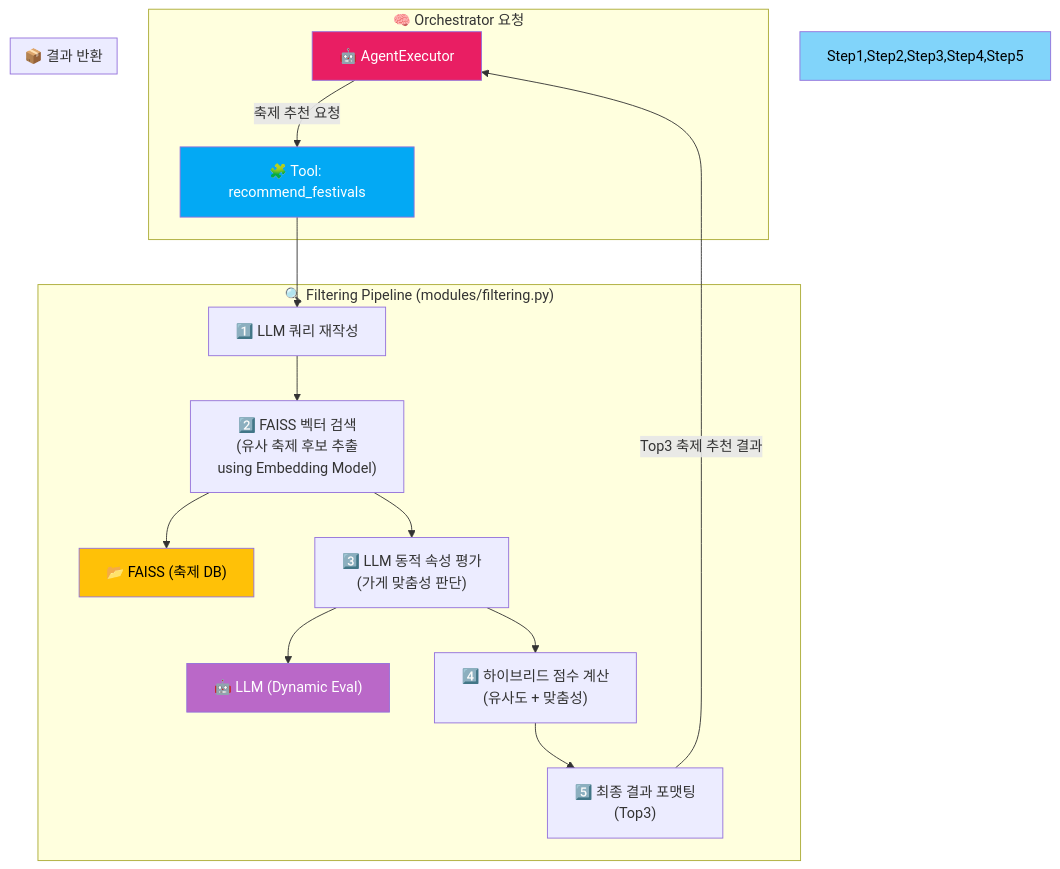
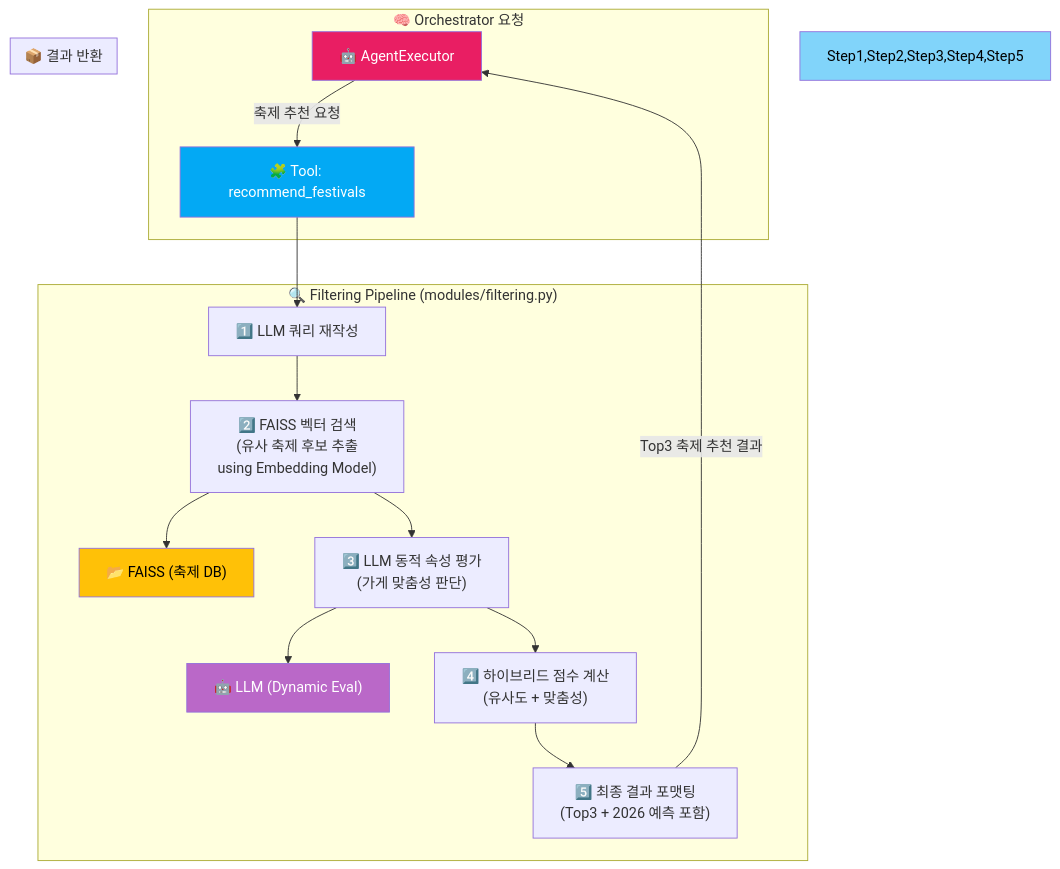
The second of 4 diagrams in README.md (Synapse-Bigcontest/2025_bigcontest), drawn with Mermaid before and after one commit. The commit also changed other lines of this file, not shown here.

````diff
--- a/README.md
+++ b/README.md
@@ -140,28 +140,28 @@
 ```mermaid
 graph TD
 
     subgraph "🧠 Orchestrator 요청"
         Agent["🤖 AgentExecutor"] -- "축제 추천 요청" --> Tool_Rec["🧩 Tool: recommend_festivals"]
     end
 
     subgraph "🔍 Filtering Pipeline (modules/filtering.py)"
         Tool_Rec --> Step1["1️⃣ LLM 쿼리 재작성"]
         Step1 --> Step2["2️⃣ FAISS 벡터 검색<br>(유사 축제 후보 추출<br>using Embedding Model)"]
         Step2 --> VSF["📂 FAISS (축제 DB)"]
         Step2 --> Step3["3️⃣ LLM 동적 속성 평가<br>(가게 맞춤성 판단)"]
         Step3 --> LLM1["🤖 LLM (Dynamic Eval)"]
         Step3 --> Step4["4️⃣ 하이브리드 점수 계산<br>(유사도 + 맞춤성)"]
-        Step4 --> Step5["5️⃣ 최종 결과 포맷팅<br>(Top3)"]
+        Step4 --> Step5["5️⃣ 최종 결과 포맷팅<br>(Top3 + 2026 예측 포함)"]
     end
 
     subgraph "📦 결과 반환"
         Step5 -- "Top3 축제 추천 결과" --> Agent
     end
 
     %% 스타일
     style Agent fill:#E91E63,color:#fff
     style Tool_Rec fill:#03A9F4,color:#fff
     style Step1,Step2,Step3,Step4,Step5 fill:#81D4FA,color:#000
     style VSF fill:#FFC107,color:#000
     style LLM1 fill:#BA68C8,color:#fff
 ```
````
